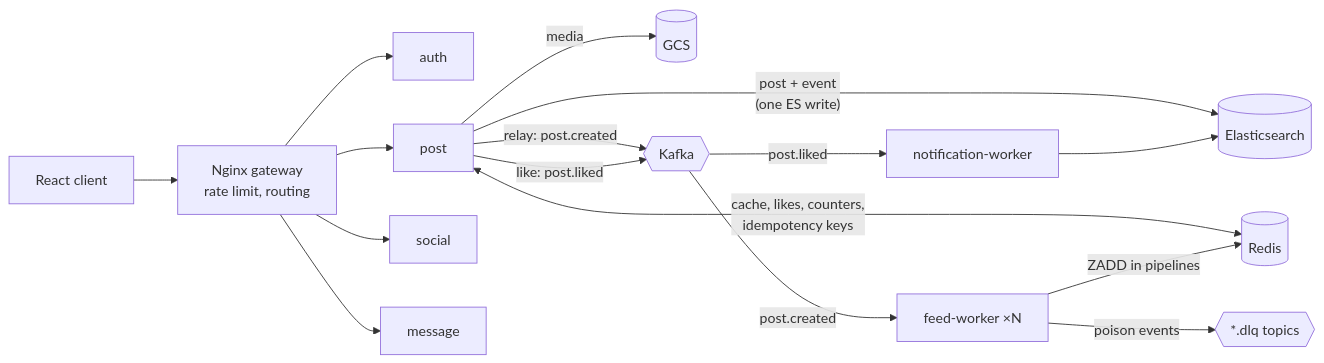
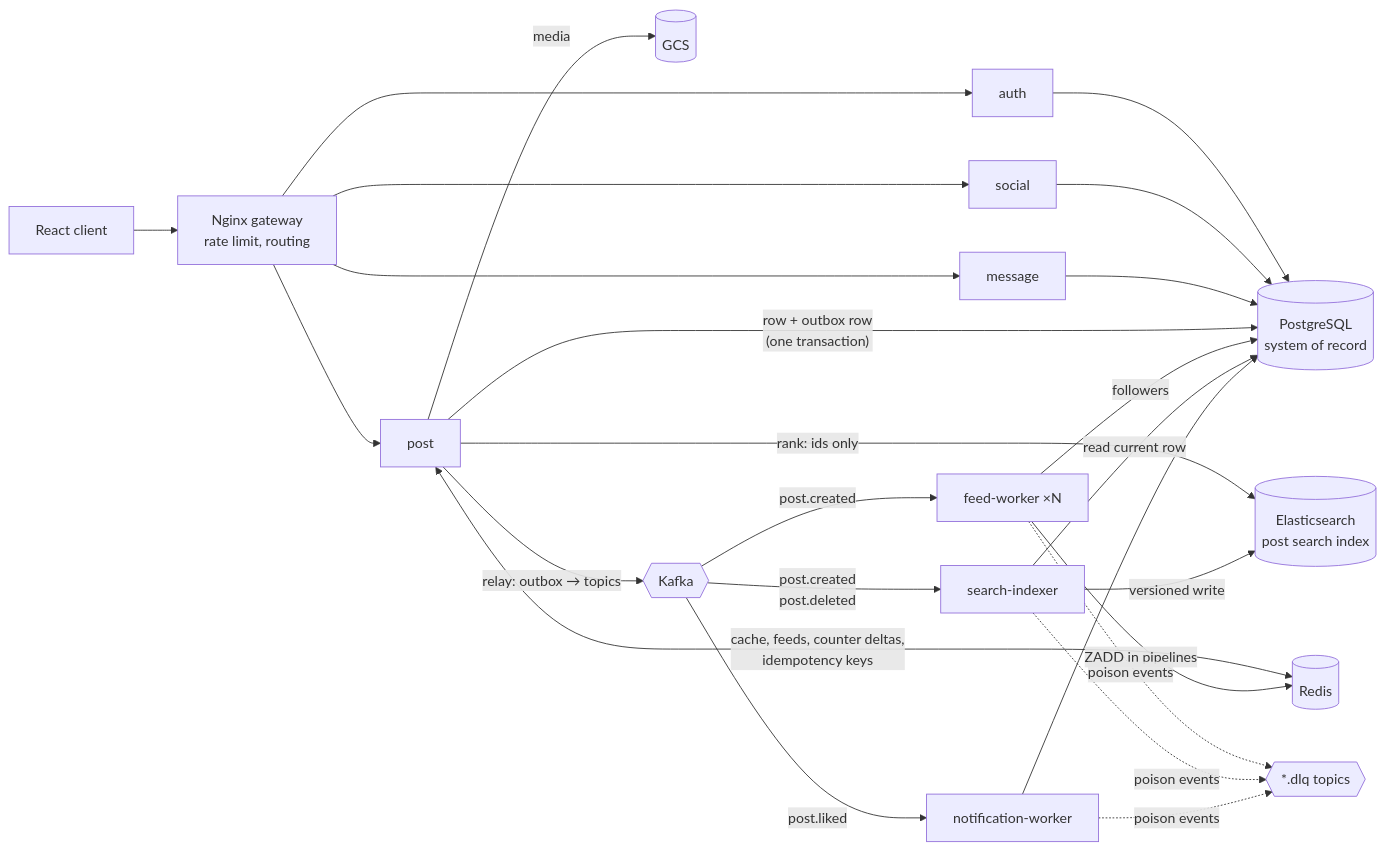
Before and after one commit to Rolinmuuu/Social-AI-Backend: the first of 5 diagrams in docs/ARCHITECTURE.md, drawn with Mermaid. The commit also changed other lines of this file and 14 other files, not shown here.

````diff
--- a/docs/ARCHITECTURE.md
+++ b/docs/ARCHITECTURE.md
@@ -9,18 +13,23 @@
 ```mermaid
 flowchart LR
   C[React client] --> N[Nginx gateway<br/>rate limit, routing]
   N --> A[auth]
   N --> P[post]
   N --> S[social]
   N --> M[message]
-  P -- "post + event<br/>(one ES write)" --> ES[(Elasticsearch)]
+  A & S & M --> PG[(PostgreSQL<br/>system of record)]
+  P -- "row + outbox row<br/>(one transaction)" --> PG
+  P -- "rank: ids only" --> ES[(Elasticsearch<br/>post search index)]
   P -- media --> G[(GCS)]
-  P -- "relay: post.created" --> K{{Kafka}}
-  P -- "like: post.liked" --> K
-  P <-- "cache, likes, counters,<br/>idempotency keys" --> R[(Redis)]
+  P -- "relay: outbox → topics" --> K{{Kafka}}
+  P <-- "cache, feeds, counter deltas,<br/>idempotency keys" --> R[(Redis)]
   K -- post.created --> F[feed-worker ×N]
+  K -- "post.created<br/>post.deleted" --> IX[search-indexer]
   K -- post.liked --> NW[notification-worker]
+  F -- "followers" --> PG
   F -- "ZADD in pipelines" --> R
-  F -- "poison events" --> DLQ{{*.dlq topics}}
-  NW --> ES
+  IX -- "read current row" --> PG
+  IX -- "versioned write" --> ES
+  NW --> PG
+  F & IX & NW -. "poison events" .-> DLQ{{*.dlq topics}}
 ```
````
